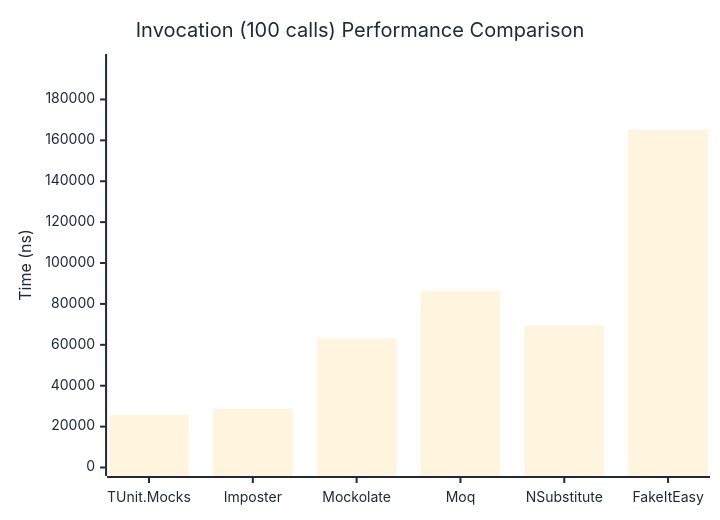
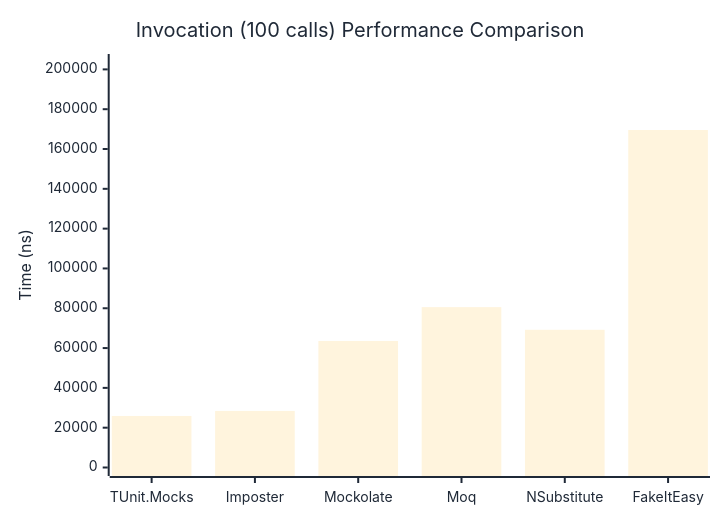
One commit to thomhurst/TUnit changed the third of 3 diagrams in docs/docs/benchmarks/mocks/Invocation.md. Above: the diagram before and after it, drawn with Mermaid. The commit also changed other lines of this file and 14 other files, not shown here.

````diff
--- a/docs/docs/benchmarks/mocks/Invocation.md
+++ b/docs/docs/benchmarks/mocks/Invocation.md
@@ -110,27 +110,27 @@
 ```mermaid
 %%{init: {
   'theme':'base',
   'themeVariables': {
     'primaryColor': '#2563eb',
     'primaryTextColor': '#1f2937',
     'primaryBorderColor': '#1e40af',
     'lineColor': '#6b7280',
     'secondaryColor': '#7c3aed',
     'tertiaryColor': '#dc2626',
     'background': '#ffffff',
     'pie1': '#2563eb',
     'pie2': '#7c3aed',
     'pie3': '#dc2626',
     'pie4': '#f59e0b',
     'pie5': '#10b981',
     'pie6': '#06b6d4',
     'pie7': '#ec4899',
     'pie8': '#6366f1'
   }
 }}%%
 xychart-beta
   title "Invocation (100 calls) Performance Comparison"
   x-axis ["TUnit.Mocks", "Imposter", "Mockolate", "Moq", "NSubstitute", "FakeItEasy"]
-  y-axis "Time (ns)" 0 --> 198072
-  bar [25730.9, 28584.7, 63248.5, 86240.5, 69456.3, 165059.2]
+  y-axis "Time (ns)" 0 --> 203461
+  bar [25886.7, 28410.7, 63565.8, 80565.9, 69181.8, 169550.2]
 ```
````
